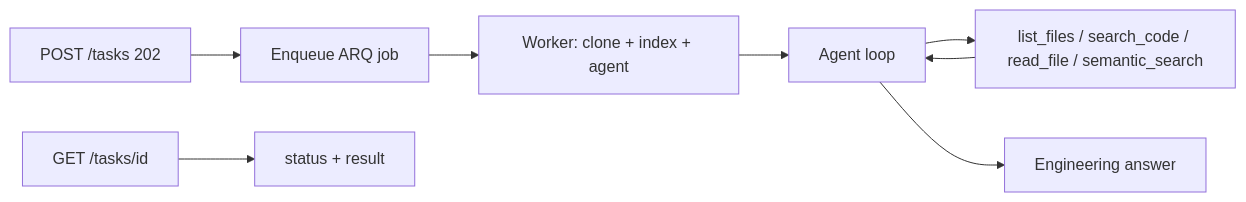
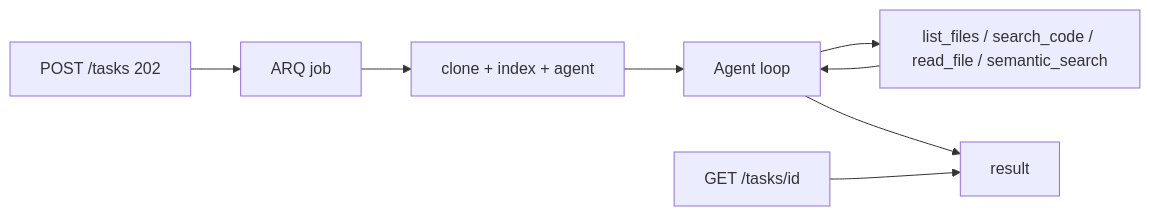
The first of 2 diagrams in README.md (eli22443/ai-agent-platform), drawn with Mermaid before and after one commit. The commit also changed other lines of this file and 17 other files, not shown here.

````diff
--- a/README.md
+++ b/README.md
@@ -18,10 +18,10 @@
 ```mermaid
 flowchart LR
-    Post["POST /tasks 202"] --> Enqueue["Enqueue ARQ job"]
-    Enqueue --> Worker["Worker: clone + index + agent"]
+    Post["POST /tasks 202"] --> Enqueue["ARQ job"]
+    Enqueue --> Worker["clone + index + agent"]
     Worker --> Loop["Agent loop"]
     Loop --> Tools["list_files / search_code / read_file / semantic_search"]
     Tools --> Loop
-    Loop --> Answer["Engineering answer"]
-    Poll["GET /tasks/id"] --> Status["status + result"]
+    Loop --> Answer["result"]
+    Poll["GET /tasks/id"] --> Answer
 ```
````
